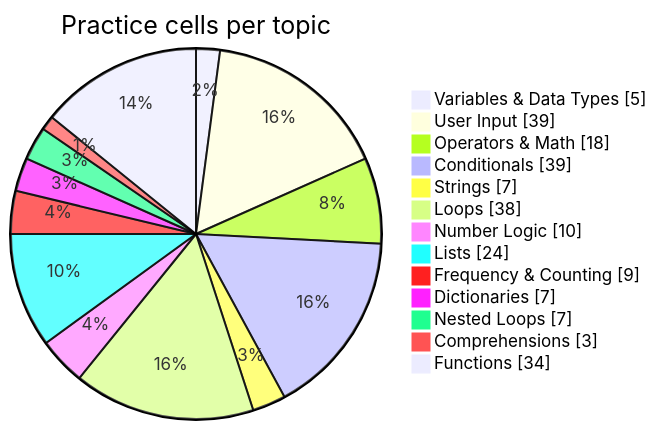
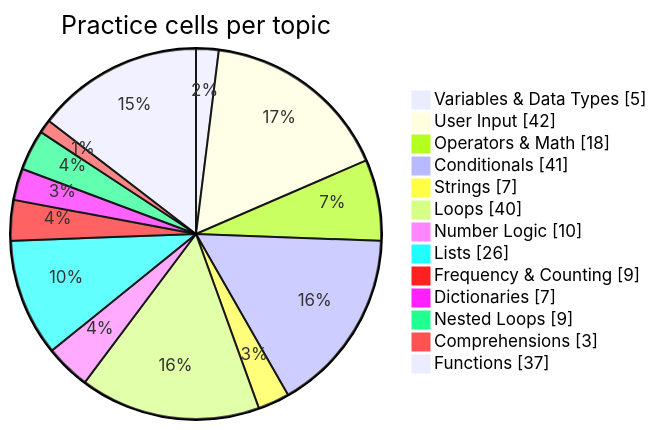
One commit to Phantom2101/Python-Daily-Practice changed the diagram in README.md. Above: the diagram before and after it, drawn with Mermaid. The commit also changed other lines of this file and 3 other files, not shown here.

````diff
--- a/README.md
+++ b/README.md
@@ -126,16 +126,16 @@
 ```mermaid
 pie showData title Practice cells per topic
     "Variables & Data Types" : 5
-    "User Input" : 39
+    "User Input" : 42
     "Operators & Math" : 18
-    "Conditionals" : 39
+    "Conditionals" : 41
     "Strings" : 7
-    "Loops" : 38
+    "Loops" : 40
     "Number Logic" : 10
-    "Lists" : 24
+    "Lists" : 26
     "Frequency & Counting" : 9
     "Dictionaries" : 7
-    "Nested Loops" : 7
+    "Nested Loops" : 9
     "Comprehensions" : 3
-    "Functions" : 34
+    "Functions" : 37
 ```
````
